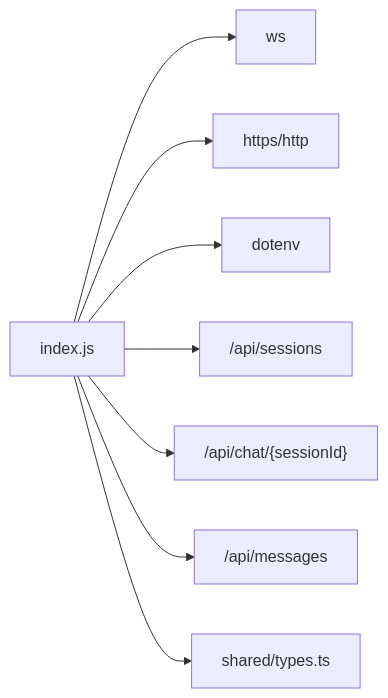
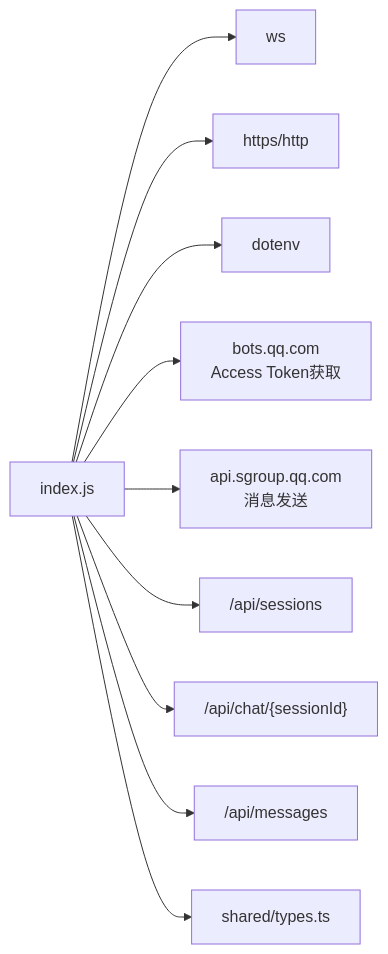
One commit to L1mingyoung/ex changed diagram 11 of 11 in .qoder/repowiki/zh/content/多平台适配器/QQ机器人适配器.md. Above: the diagram before and after it, drawn with Mermaid. The commit also changed other lines of this file and 17 other files, not shown here.

````diff
--- a/.qoder/repowiki/zh/content/多平台适配器/QQ机器人适配器.md
+++ b/.qoder/repowiki/zh/content/多平台适配器/QQ机器人适配器.md
@@ -350,10 +524,12 @@
 ```mermaid
 graph LR
 IDX["index.js"] --> WS["ws"]
 IDX --> HTTPS["https/http"]
 IDX --> DOTENV["dotenv"]
+IDX --> BOT_API["bots.qq.com<br/>Access Token获取"]
+IDX --> QQ_API["api.sgroup.qq.com<br/>消息发送"]
 IDX --> SESS["/api/sessions"]
 IDX --> CHAT["/api/chat/{sessionId}"]
 IDX --> MSG["/api/messages"]
 IDX --> TYPES["shared/types.ts"]
 ```
````
